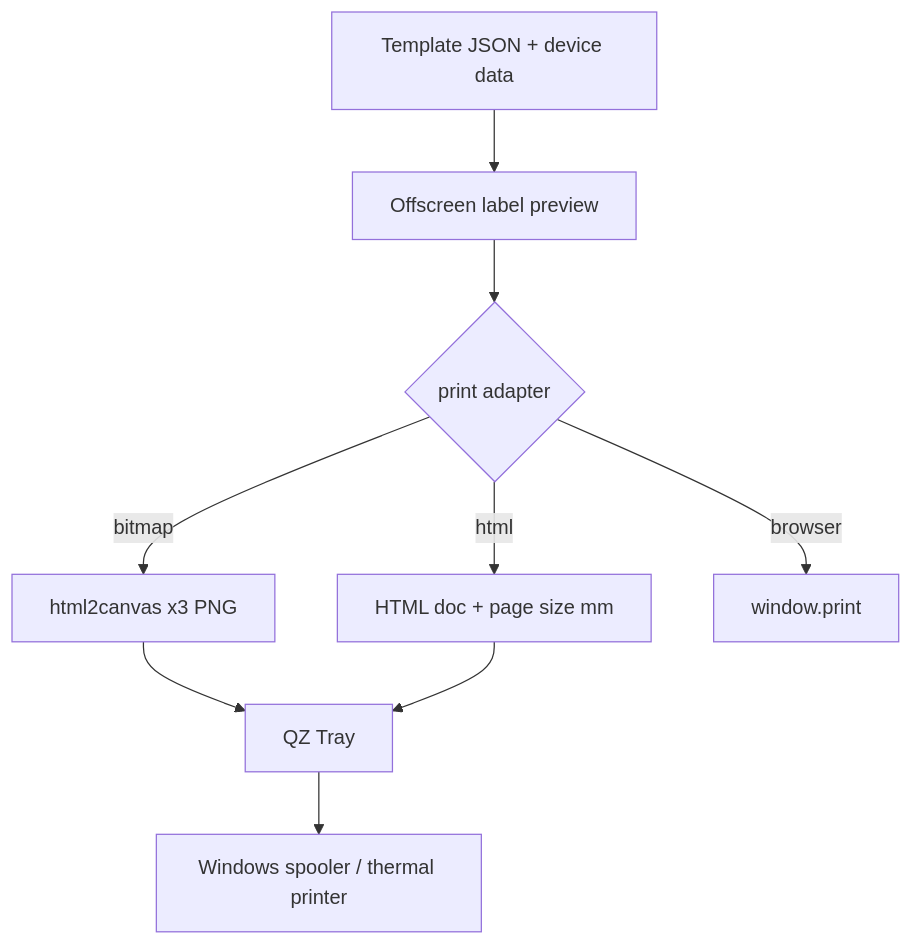
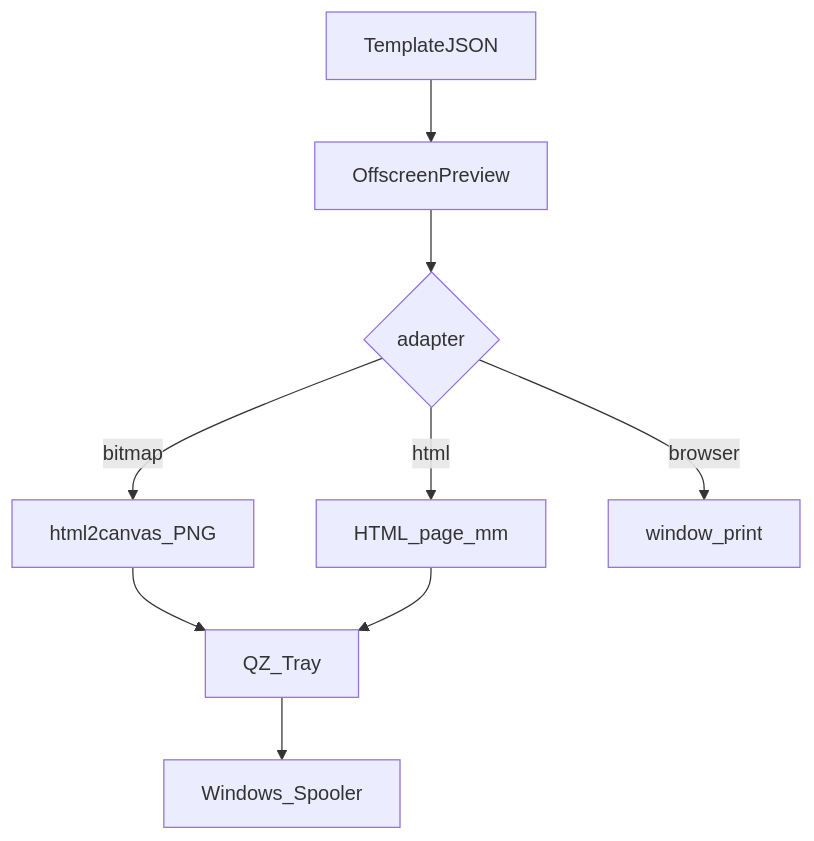
Before and after one commit to kuma0605/label-designer-vue: the diagram in docs/04_yiwei-a42-qz-tray-bitmap-print-guide.publish.md, drawn with Mermaid. The commit also changed 1 other file, not shown here.

Commit message:
docs: update Yiwei A42 printing guide diagrams for improved clarity and consistency in data flow representation

````diff
--- a/docs/04_yiwei-a42-qz-tray-bitmap-print-guide.publish.md
+++ b/docs/04_yiwei-a42-qz-tray-bitmap-print-guide.publish.md
@@ -32,11 +32,11 @@
 ```mermaid
 flowchart TD
-  A["Template JSON + device data"] --> B["Offscreen label preview"]
-  B --> C{print adapter}
-  C -->|bitmap| D["html2canvas x3 PNG"]
-  C -->|html| E["HTML doc + page size mm"]
-  C -->|browser| F["window.print"]
-  D --> G["QZ Tray"]
+  A[TemplateJSON] --> B[OffscreenPreview]
+  B --> C{adapter}
+  C -->|bitmap| D[html2canvas_PNG]
+  C -->|html| E[HTML_page_mm]
+  C -->|browser| F[window_print]
+  D --> G[QZ_Tray]
   E --> G
-  G --> H["Windows spooler / thermal printer"]
+  G --> H[Windows_Spooler]
 ```
````
